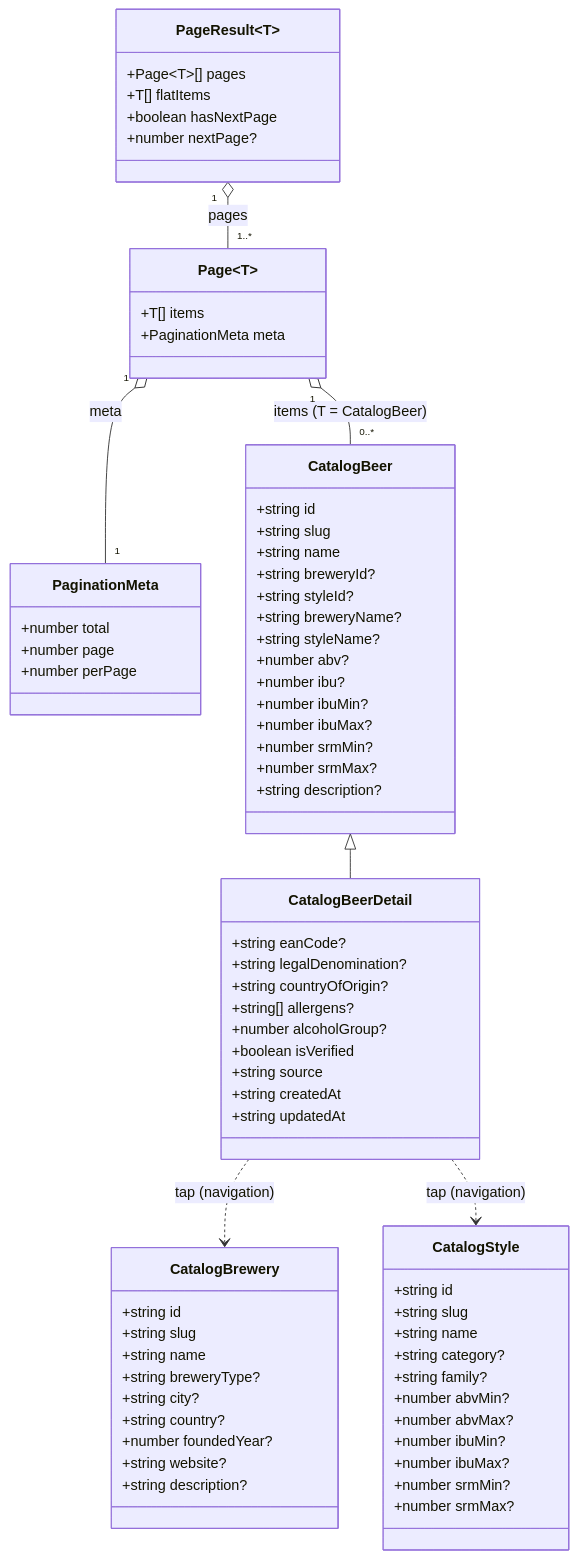
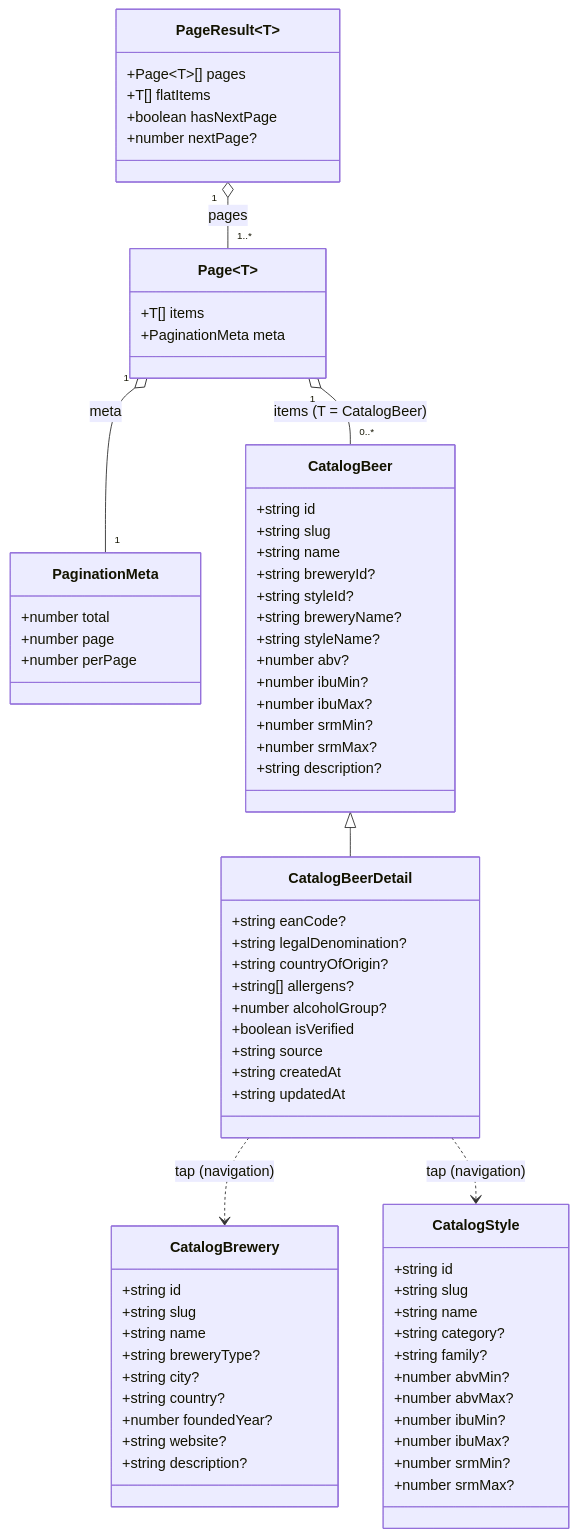
Before and after one commit to benoit-bremaud/brasse-bouillon: the first of 2 diagrams in docs/architecture/diagrams/mobile-catalog/09-class-domain.md, drawn with Mermaid. The commit also changed other lines of this file and 6 other files, not shown here.

````diff
--- a/docs/architecture/diagrams/mobile-catalog/09-class-domain.md
+++ b/docs/architecture/diagrams/mobile-catalog/09-class-domain.md
@@ -24,76 +24,75 @@
 ```mermaid
 classDiagram
   class PaginationMeta {
     +number total
     +number page
     +number perPage
   }
   class Page~T~ {
     +T[] items
     +PaginationMeta meta
   }
   class PageResult~T~ {
     +Page~T~[] pages
     +T[] flatItems
     +boolean hasNextPage
     +number nextPage?
   }
   class CatalogBeer {
     +string id
     +string slug
     +string name
     +string breweryId?
     +string styleId?
     +string breweryName?
     +string styleName?
     +number abv?
-    +number ibu?
     +number ibuMin?
     +number ibuMax?
     +number srmMin?
     +number srmMax?
     +string description?
   }
   class CatalogBeerDetail {
     +string eanCode?
     +string legalDenomination?
     +string countryOfOrigin?
     +string[] allergens?
     +number alcoholGroup?
     +boolean isVerified
     +string source
     +string createdAt
     +string updatedAt
   }
   class CatalogBrewery {
     +string id
     +string slug
     +string name
     +string breweryType?
     +string city?
     +string country?
     +number foundedYear?
     +string website?
     +string description?
   }
   class CatalogStyle {
     +string id
     +string slug
     +string name
     +string category?
     +string family?
     +number abvMin?
     +number abvMax?
     +number ibuMin?
     +number ibuMax?
     +number srmMin?
     +number srmMax?
   }
 
   CatalogBeer <|-- CatalogBeerDetail
   Page~T~ "1" o-- "1" PaginationMeta : meta
   Page~T~ "1" o-- "0..*" CatalogBeer : items (T = CatalogBeer)
   PageResult~T~ "1" o-- "1..*" Page~T~ : pages
   CatalogBeerDetail ..> CatalogBrewery : tap (navigation)
   CatalogBeerDetail ..> CatalogStyle : tap (navigation)
 ```
````
